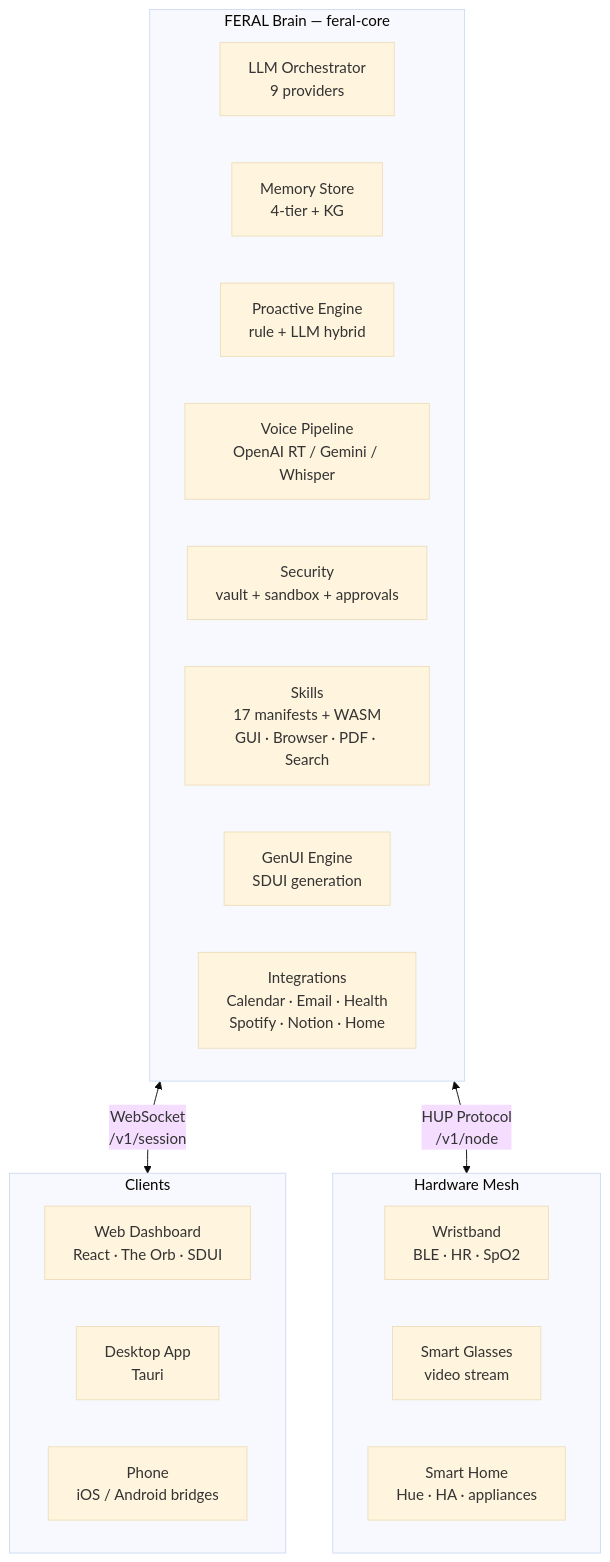
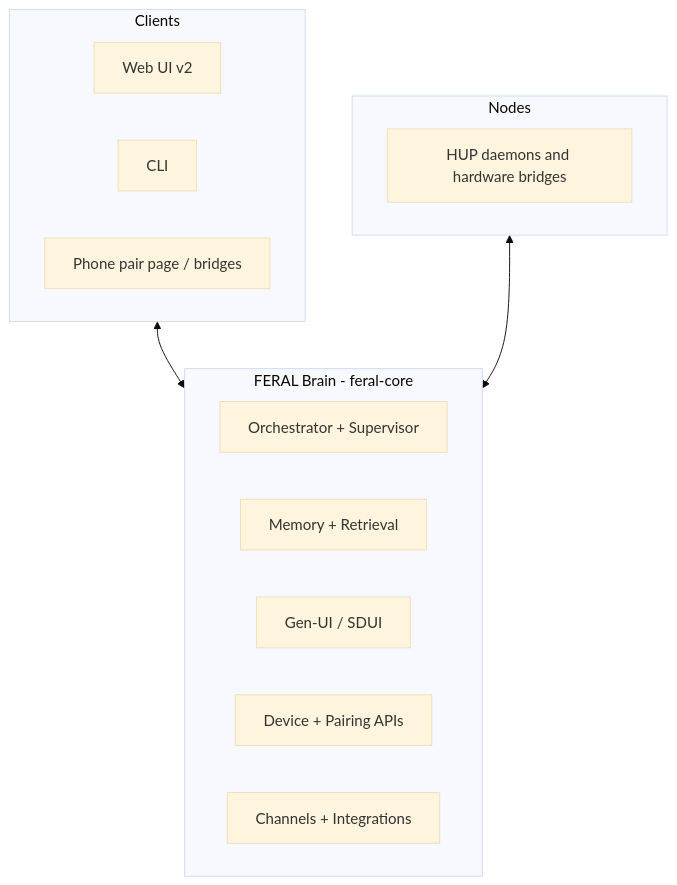
Before and after one commit to Spatial-AgenticOS/ASOS: the diagram in README.md, drawn with Mermaid (base theme). The commit also changed other lines of this file and 18 other files, not shown here.

First line of the commit message:
docs(setup): align docs with real pairing flows

````diff
--- a/README.md
+++ b/README.md
@@ -274,28 +175,23 @@
 ```mermaid
 flowchart TB
-    subgraph brain [FERAL Brain — feral-core]
-        LLM["LLM Orchestrator\n9 providers"]
-        MEM["Memory Store\n4-tier + KG"]
-        PRO["Proactive Engine\nrule + LLM hybrid"]
-        VOI["Voice Pipeline\nOpenAI RT / Gemini / Whisper"]
-        SEC["Security\nvault + sandbox + approvals"]
-        SKL["Skills\n17 manifests + WASM\nGUI · Browser · PDF · Search"]
-        GEN["GenUI Engine\nSDUI generation"]
-        INT["Integrations\nCalendar · Email · Health\nSpotify · Notion · Home"]
+    subgraph brain [FERAL Brain - feral-core]
+        ORCH["Orchestrator + Supervisor"]
+        MEM["Memory + Retrieval"]
+        GEN["Gen-UI / SDUI"]
+        DEV["Device + Pairing APIs"]
+        CH["Channels + Integrations"]
     end
 
     subgraph clients [Clients]
-        WEB["Web Dashboard\nReact · The Orb · SDUI"]
-        DSK["Desktop App\nTauri"]
-        PHN["Phone\niOS / Android bridges"]
+        WEB["Web UI v2"]
+        CLI["CLI"]
+        PHN["Phone pair page / bridges"]
     end
 
-    subgraph hardware [Hardware Mesh]
-        WRI["Wristband\nBLE · HR · SpO2"]
-        GLS["Smart Glasses\nvideo stream"]
-        HOM["Smart Home\nHue · HA · appliances"]
+    subgraph nodes [Nodes]
+        HUP["HUP daemons and hardware bridges"]
     end
 
-    brain <-->|"WebSocket\n/v1/session"| clients
-    brain <-->|"HUP Protocol\n/v1/node"| hardware
+    clients <--> brain
+    nodes <--> brain
 ```
````
